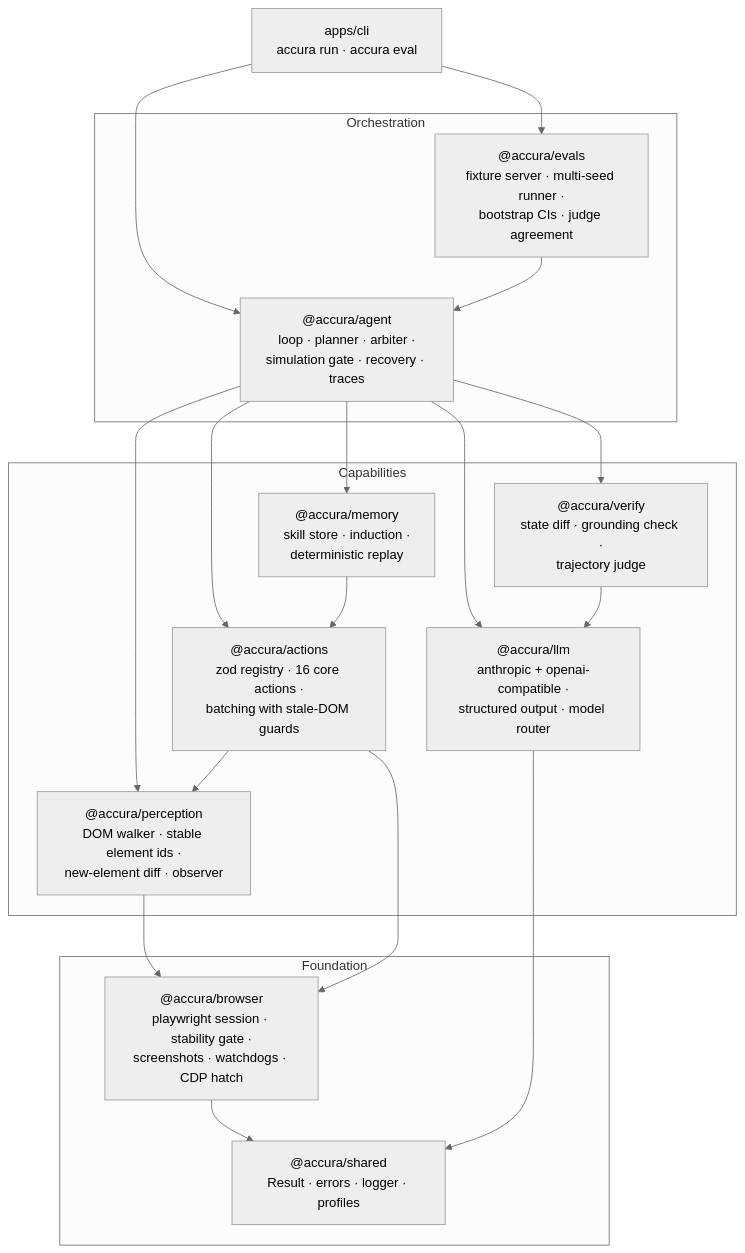
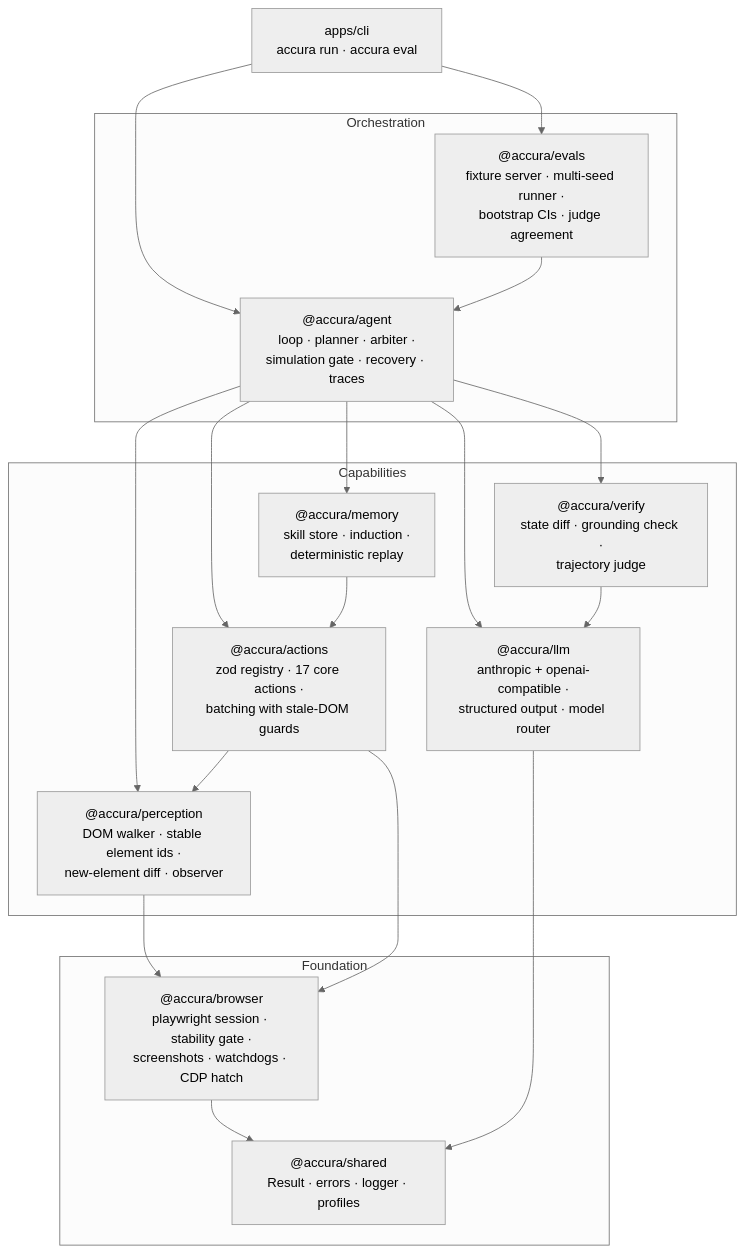
One commit to vimalyad/accura changed the first of 3 diagrams in README.md. Above: the diagram before and after it, drawn with Mermaid (neutral theme). The commit also changed other lines of this file, not shown here.

````diff
--- a/README.md
+++ b/README.md
@@ -55,38 +56,38 @@
 ```mermaid
 flowchart TD
     CLI["apps/cli<br/>accura run · accura eval"]
 
     subgraph orchestration["Orchestration"]
         AGENT["@accura/agent<br/>loop · planner · arbiter ·<br/>simulation gate · recovery · traces"]
         EVALS["@accura/evals<br/>fixture server · multi-seed runner ·<br/>bootstrap CIs · judge agreement"]
     end
 
     subgraph capabilities["Capabilities"]
         PERCEPTION["@accura/perception<br/>DOM walker · stable element ids ·<br/>new-element diff · observer"]
-        ACTIONS["@accura/actions<br/>zod registry · 16 core actions ·<br/>batching with stale-DOM guards"]
+        ACTIONS["@accura/actions<br/>zod registry · 17 core actions ·<br/>batching with stale-DOM guards"]
         VERIFY["@accura/verify<br/>state diff · grounding check ·<br/>trajectory judge"]
         MEMORY["@accura/memory<br/>skill store · induction ·<br/>deterministic replay"]
         LLM["@accura/llm<br/>anthropic + openai-compatible ·<br/>structured output · model router"]
     end
 
     subgraph foundation["Foundation"]
         BROWSER["@accura/browser<br/>playwright session · stability gate ·<br/>screenshots · watchdogs · CDP hatch"]
         SHARED["@accura/shared<br/>Result · errors · logger · profiles"]
     end
 
     CLI --> AGENT
     CLI --> EVALS
     EVALS --> AGENT
     AGENT --> PERCEPTION
     AGENT --> ACTIONS
     AGENT --> VERIFY
     AGENT --> MEMORY
     AGENT --> LLM
     PERCEPTION --> BROWSER
     ACTIONS --> BROWSER
     ACTIONS --> PERCEPTION
     VERIFY --> LLM
     MEMORY --> ACTIONS
     BROWSER --> SHARED
     LLM --> SHARED
 ```
````
